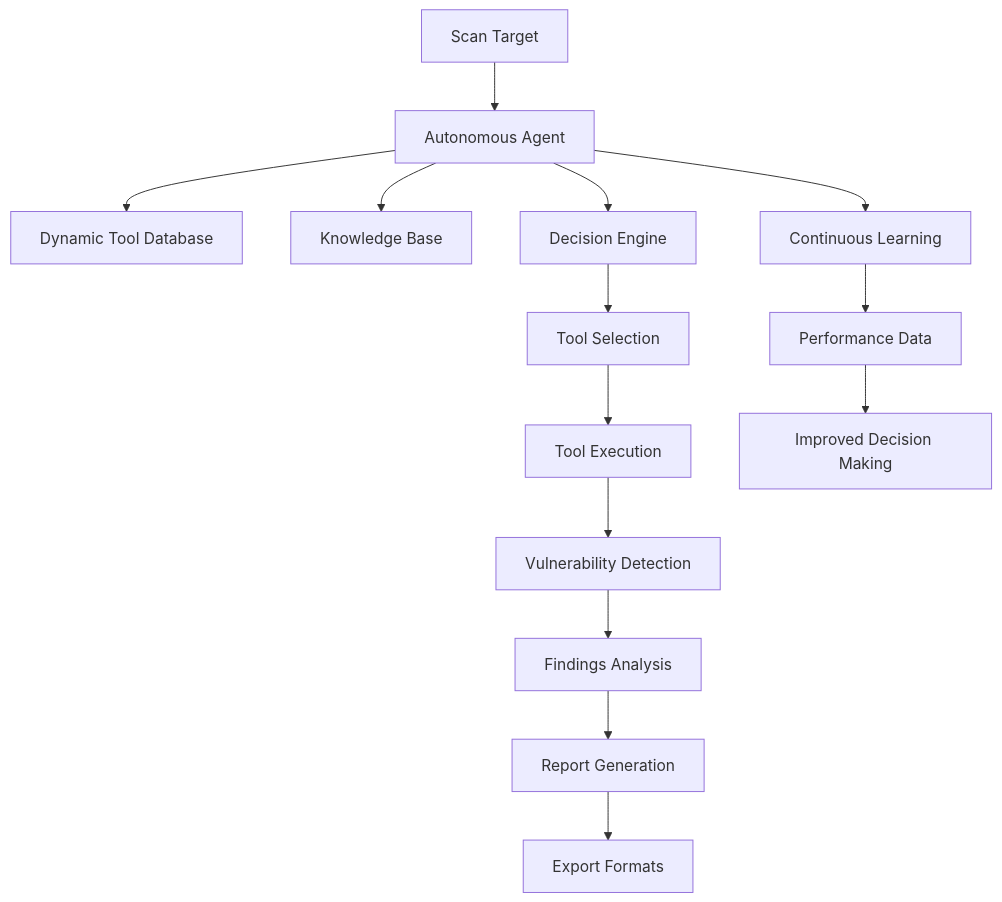
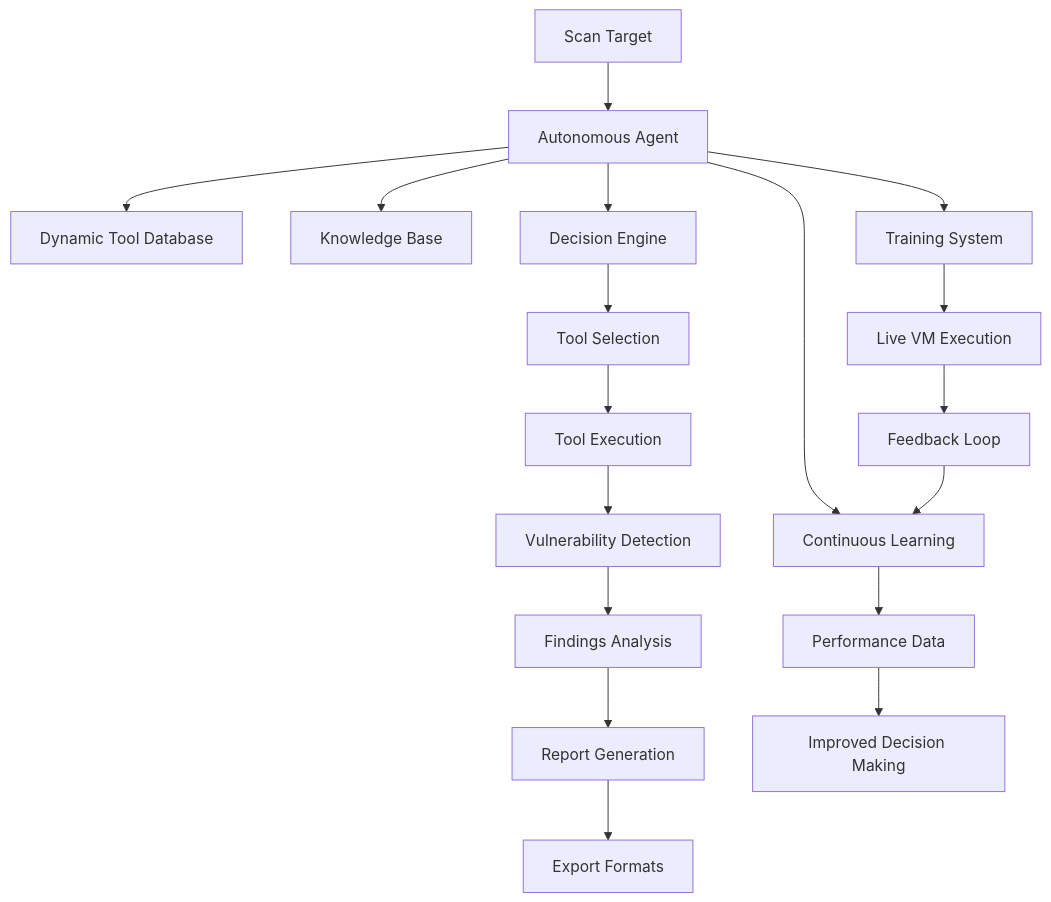
One commit to tanmoy162111/Optimus changed the diagram in docs/AGENT_ARCHITECTURE.md. Above: the diagram before and after it, drawn with Mermaid. The commit also changed other lines of this file and 10 other files, not shown here.

Commit message:
Implement comprehensive training system for autonomous pentest agent - Adds training session manager, enhances learning module with live execution feedback, improves strategy selector with adaptive learning, creates training scripts and documentation

````diff
--- a/docs/AGENT_ARCHITECTURE.md
+++ b/docs/AGENT_ARCHITECTURE.md
@@ -56,16 +65,20 @@
 ```mermaid
 graph TD
     A[Scan Target] --> B[Autonomous Agent]
     B --> C[Dynamic Tool Database]
     B --> D[Knowledge Base]
     B --> E[Decision Engine]
     E --> F[Tool Selection]
     F --> G[Tool Execution]
     G --> H[Vulnerability Detection]
     H --> I[Findings Analysis]
     I --> J[Report Generation]
     J --> K[Export Formats]
     B --> L[Continuous Learning]
     L --> M[Performance Data]
     M --> N[Improved Decision Making]
+    B --> O[Training System]
+    O --> P[Live VM Execution]
+    P --> Q[Feedback Loop]
+    Q --> L
 ```
````
